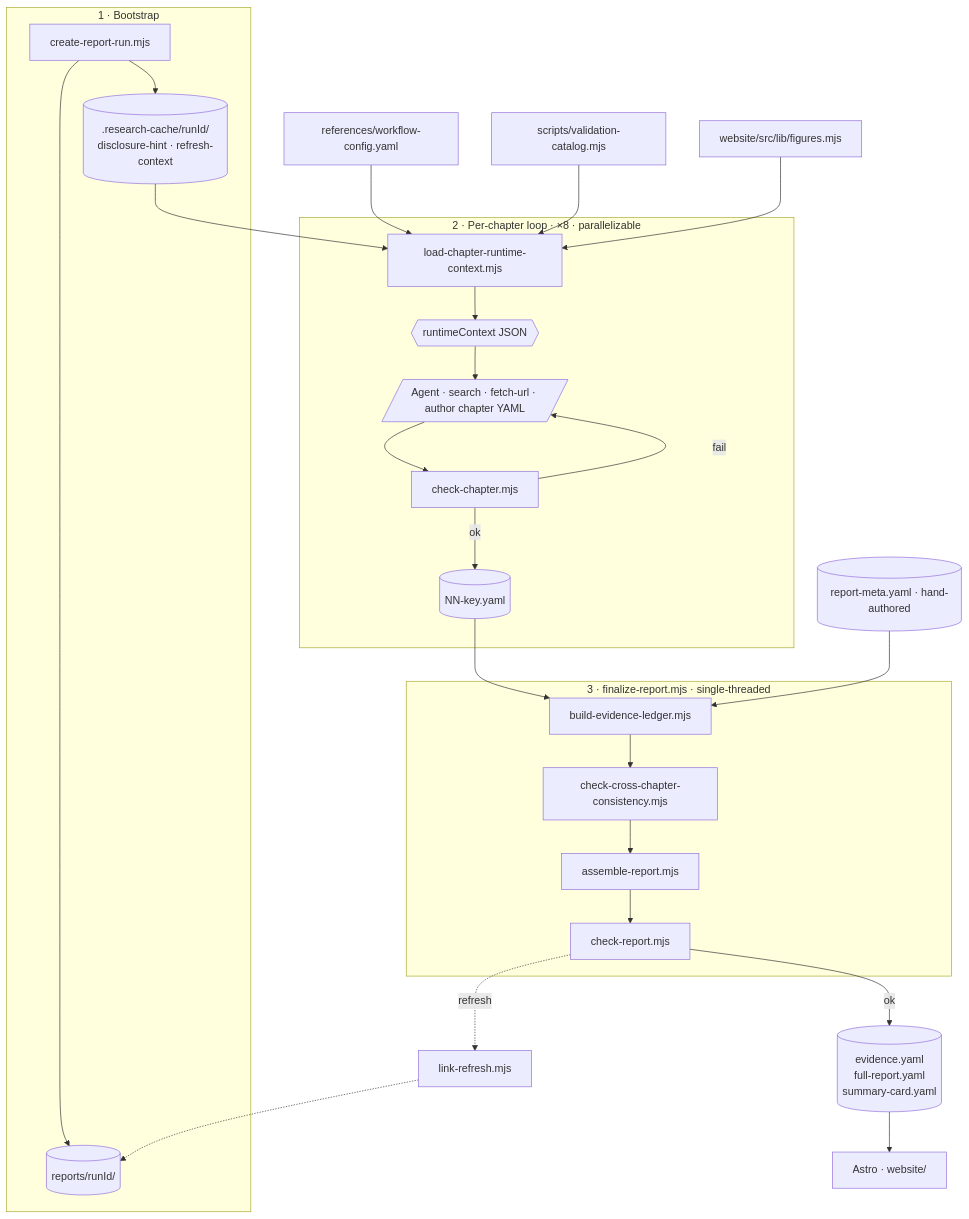
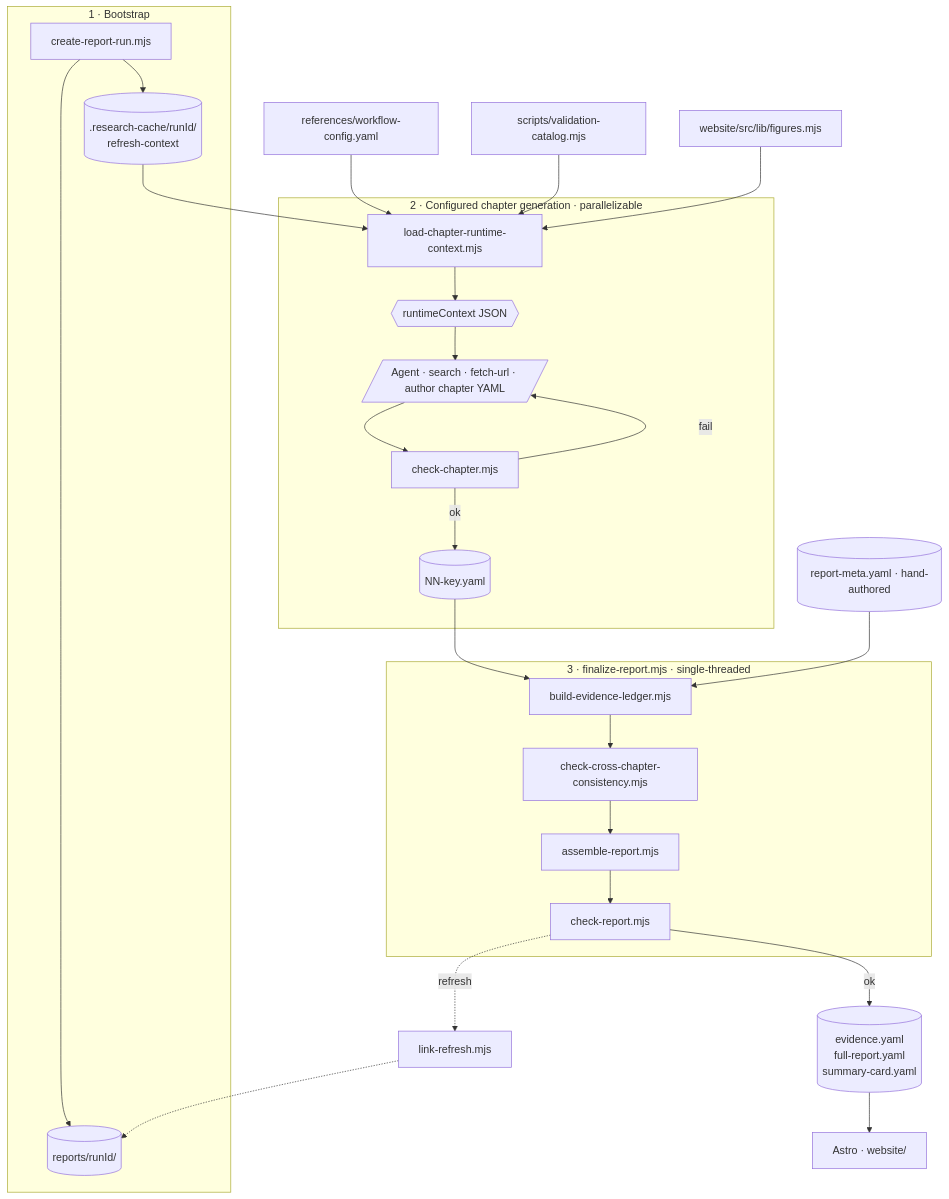
One commit to huangyingting/startup changed the diagram in .agents/skills/startup-research/references/README.md. Above: the diagram before and after it, drawn with Mermaid. The commit also changed other lines of this file and 10 other files, not shown here.

Commit message:
refactor(docs): update skill documentation for clarity and consistency in chapter generation and runtime context

````diff
--- a/.agents/skills/startup-research/references/README.md
+++ b/.agents/skills/startup-research/references/README.md
@@ -18,39 +18,39 @@
 ```mermaid
 flowchart TD
   WF[references/workflow-config.yaml]
   VC[scripts/validation-catalog.mjs]
   FIG[website/src/lib/figures.mjs]
 
   subgraph BOOT["1 · Bootstrap"]
     CR[create-report-run.mjs]
     CR --> RUN[(reports/runId/)]
-    CR --> CACHE[(.research-cache/runId/<br/>disclosure-hint · refresh-context)]
+    CR --> CACHE[(.research-cache/runId/<br/>refresh-context)]
   end
 
-  subgraph CHAP["2 · Per-chapter loop · ×8 · parallelizable"]
+  subgraph CHAP["2 · Configured chapter generation · parallelizable"]
     LD[load-chapter-runtime-context.mjs]
     RC{{runtimeContext JSON}}
     AG[/Agent · search · fetch-url · author chapter YAML/]
     CC[check-chapter.mjs]
     CY[(NN-key.yaml)]
     LD --> RC --> AG --> CC
     CC -- fail --> AG
     CC -- ok --> CY
   end
 
   WF --> LD
   VC --> LD
   FIG --> LD
   CACHE --> LD
 
   subgraph FIN["3 · finalize-report.mjs · single-threaded"]
     L1[build-evidence-ledger.mjs] --> L2[check-cross-chapter-consistency.mjs] --> L3[assemble-report.mjs] --> L4[check-report.mjs]
   end
 
   CY --> L1
   RM[(report-meta.yaml · hand-authored)] --> L1
   L4 -- ok --> OUT[(evidence.yaml<br/>full-report.yaml<br/>summary-card.yaml)]
   L4 -. refresh .-> LR[link-refresh.mjs] -.-> RUN
 
   OUT --> AS[Astro · website/]
 ```
````
